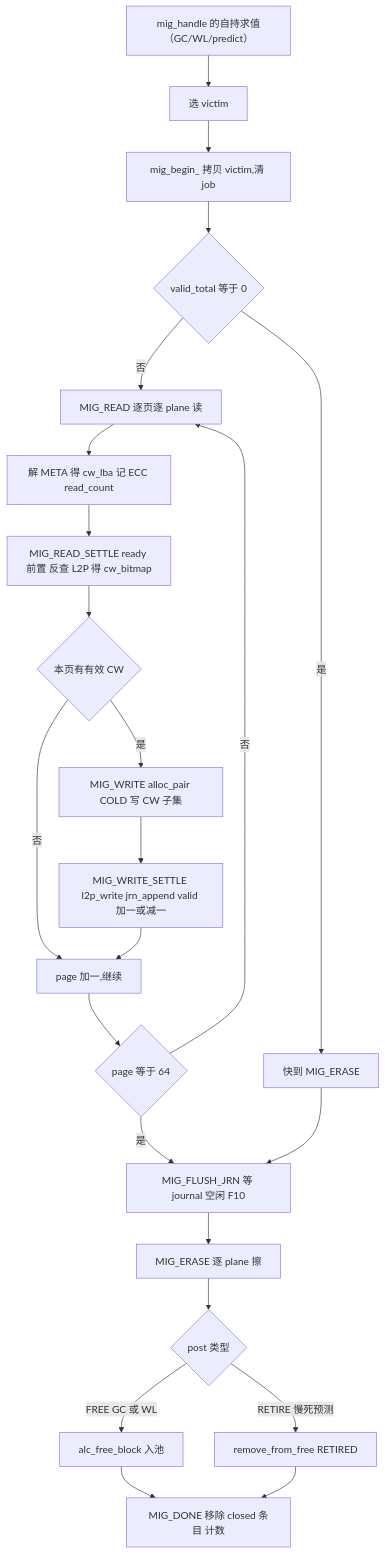
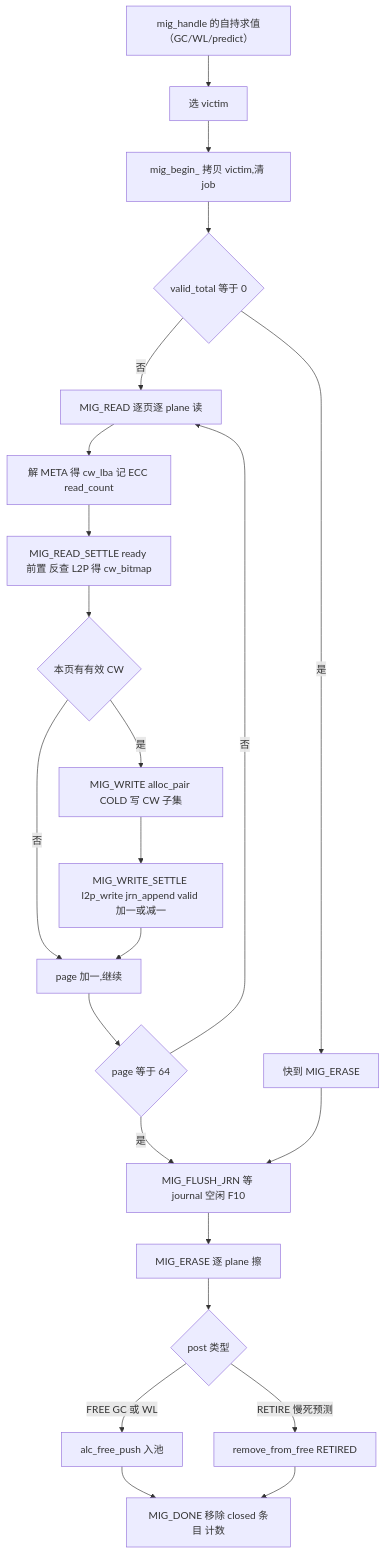
One commit to YzYMIAO/BASESSD changed diagram 30 of 32 in docs/design/ftl_design.md. Above: the diagram before and after it, drawn with Mermaid. The commit also changed other lines of this file and 24 other files, not shown here.

````diff
--- a/docs/design/ftl_design.md
+++ b/docs/design/ftl_design.md
@@ -4084,25 +4084,25 @@
 ```mermaid
 flowchart TD
     A["mig_handle 的自持求值（GC/WL/predict）"] --> B["选 victim"]
     B --> C["mig_begin_ 拷贝 victim,清 job"]
     C --> D{"valid_total 等于 0"}
     D -- "是" --> E["快到 MIG_ERASE"]
     D -- "否" --> F["MIG_READ 逐页逐 plane 读"]
     F --> G["解 META 得 cw_lba 记 ECC read_count"]
     G --> H["MIG_READ_SETTLE ready 前置 反查 L2P 得 cw_bitmap"]
     H --> I{"本页有有效 CW"}
     I -- "否" --> J["page 加一,继续"]
     I -- "是" --> K["MIG_WRITE alloc_pair COLD 写 CW 子集"]
     K --> L["MIG_WRITE_SETTLE l2p_write jrn_append valid 加一或减一"]
     L --> J
     J --> M{"page 等于 64"}
     M -- "否" --> F
     M -- "是" --> N["MIG_FLUSH_JRN 等 journal 空闲 F10"]
     N --> O["MIG_ERASE 逐 plane 擦"]
     O --> P{"post 类型"}
-    P -- "FREE GC 或 WL" --> Q["alc_free_block 入池"]
+    P -- "FREE GC 或 WL" --> Q["alc_free_push 入池"]
     P -- "RETIRE 慢死预测" --> R["remove_from_free RETIRED"]
     Q --> S["MIG_DONE 移除 closed 条目 计数"]
     R --> S
     E --> N
 ```
````
